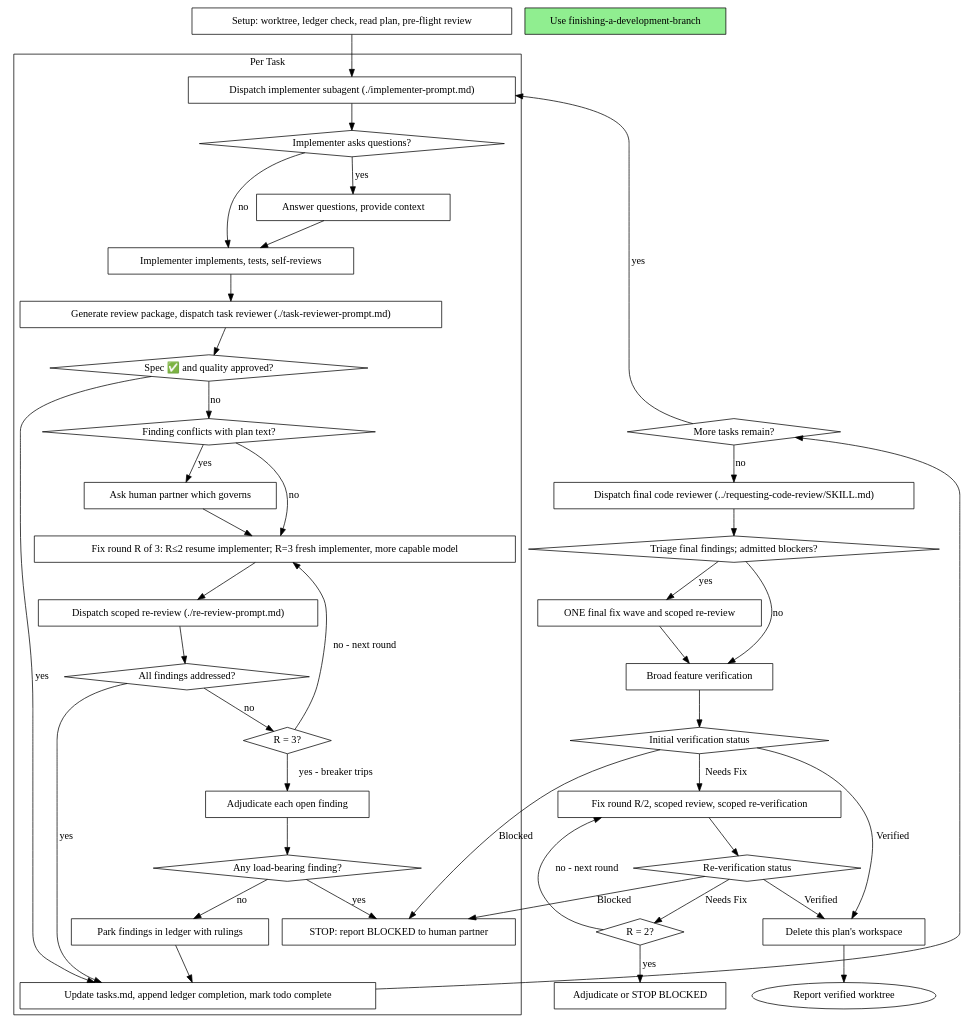
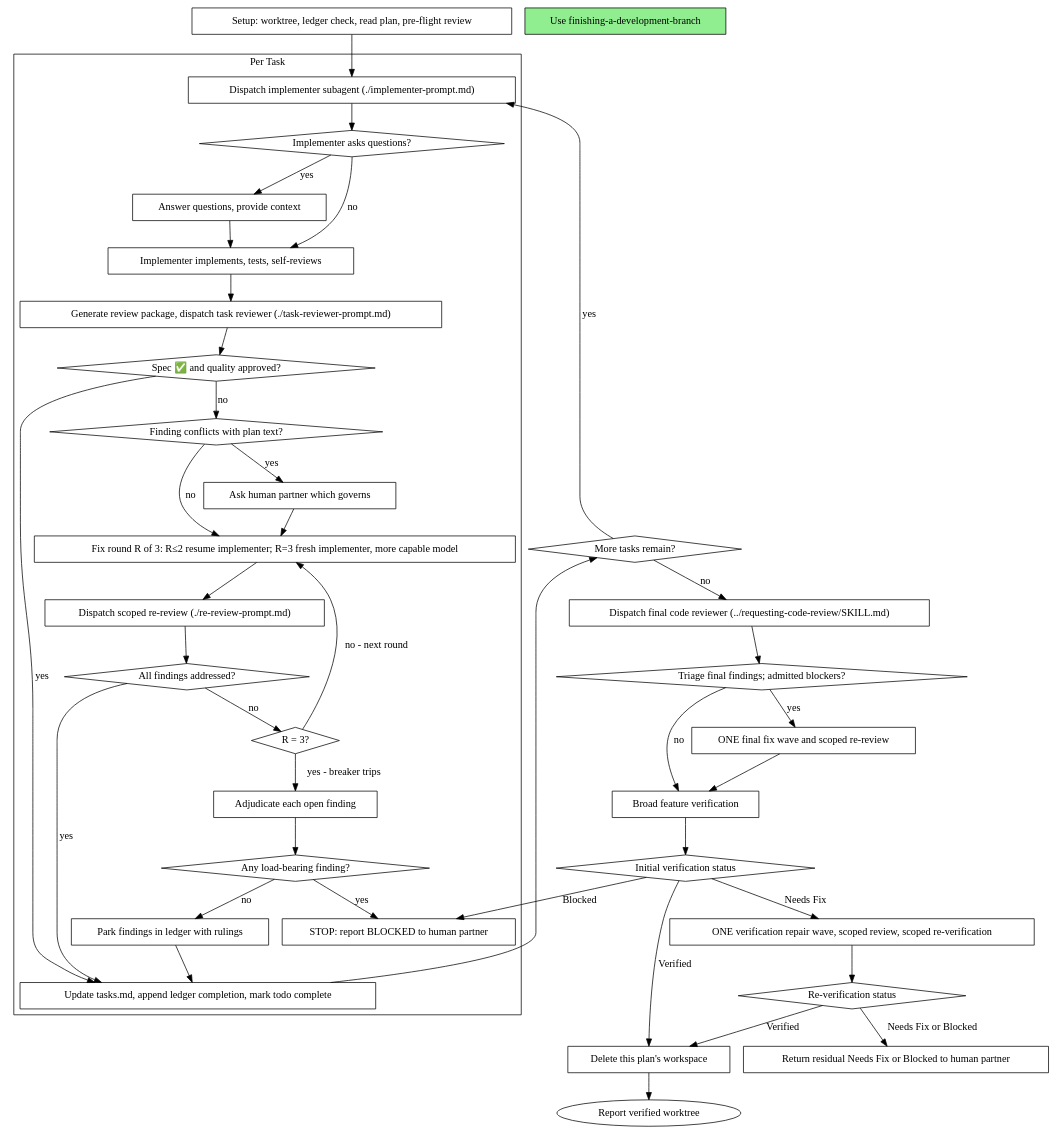
Before and after one commit to tuoitho/commerce-app: the second of 2 diagrams in .agents/skills/subagent-driven-development/SKILL.md, drawn with Graphviz. The commit also changed other lines of this file and 5 other files, not shown here.

````diff
--- a/.agents/skills/subagent-driven-development/SKILL.md
+++ b/.agents/skills/subagent-driven-development/SKILL.md
@@ -109,81 +109,77 @@
 ```dot
 digraph process {
     rankdir=TB;
 
     subgraph cluster_per_task {
         label="Per Task";
         "Dispatch implementer subagent (./implementer-prompt.md)" [shape=box];
         "Implementer asks questions?" [shape=diamond];
         "Answer questions, provide context" [shape=box];
         "Implementer implements, tests, self-reviews" [shape=box];
         "Generate review package, dispatch task reviewer (./task-reviewer-prompt.md)" [shape=box];
         "Spec ✅ and quality approved?" [shape=diamond];
         "Finding conflicts with plan text?" [shape=diamond];
         "Ask human partner which governs" [shape=box];
         "Fix round R of 3: R≤2 resume implementer; R=3 fresh implementer, more capable model" [shape=box];
         "Dispatch scoped re-review (./re-review-prompt.md)" [shape=box];
         "All findings addressed?" [shape=diamond];
         "R = 3?" [shape=diamond];
         "Adjudicate each open finding" [shape=box];
         "Any load-bearing finding?" [shape=diamond];
         "STOP: report BLOCKED to human partner" [shape=box];
         "Park findings in ledger with rulings" [shape=box];
         "Update tasks.md, append ledger completion, mark todo complete" [shape=box];
     }
 
     "Setup: worktree, ledger check, read plan, pre-flight review" [shape=box];
     "More tasks remain?" [shape=diamond];
     "Dispatch final code reviewer (../requesting-code-review/SKILL.md)" [shape=box];
     "Triage final findings; admitted blockers?" [shape=diamond];
     "ONE final fix wave and scoped re-review" [shape=box];
     "Broad feature verification" [shape=box];
     "Initial verification status" [shape=diamond];
-    "Fix round R/2, scoped review, scoped re-verification" [shape=box];
+    "ONE verification repair wave, scoped review, scoped re-verification" [shape=box];
     "Re-verification status" [shape=diamond];
-    "R = 2?" [shape=diamond];
-    "Adjudicate or STOP BLOCKED" [shape=box];
+    "Return residual Needs Fix or Blocked to human partner" [shape=box];
     "Delete this plan's workspace" [shape=box];
     "Use finishing-a-development-branch" [shape=box style=filled fillcolor=lightgreen];
 
     "Setup: worktree, ledger check, read plan, pre-flight review" -> "Dispatch implementer subagent (./implementer-prompt.md)";
     "Dispatch implementer subagent (./implementer-prompt.md)" -> "Implementer asks questions?";
     "Implementer asks questions?" -> "Answer questions, provide context" [label="yes"];
     "Answer questions, provide context" -> "Implementer implements, tests, self-reviews";
     "Implementer asks questions?" -> "Implementer implements, tests, self-reviews" [label="no"];
     "Implementer implements, tests, self-reviews" -> "Generate review package, dispatch task reviewer (./task-reviewer-prompt.md)";
     "Generate review package, dispatch task reviewer (./task-reviewer-prompt.md)" -> "Spec ✅ and quality approved?";
     "Spec ✅ and quality approved?" -> "Update tasks.md, append ledger completion, mark todo complete" [label="yes"];
     "Spec ✅ and quality approved?" -> "Finding conflicts with plan text?" [label="no"];
     "Finding conflicts with plan text?" -> "Ask human partner which governs" [label="yes"];
     "Ask human partner which governs" -> "Fix round R of 3: R≤2 resume implementer; R=3 fresh implementer, more capable model";
     "Finding conflicts with plan text?" -> "Fix round R of 3: R≤2 resume implementer; R=3 fresh implementer, more capable model" [label="no"];
     "Fix round R of 3: R≤2 resume implementer; R=3 fresh implementer, more capable model" -> "Dispatch scoped re-review (./re-review-prompt.md)";
     "Dispatch scoped re-review (./re-review-prompt.md)" -> "All findings addressed?";
     "All findings addressed?" -> "Update tasks.md, append ledger completion, mark todo complete" [label="yes"];
     "All findings addressed?" -> "R = 3?" [label="no"];
     "R = 3?" -> "Fix round R of 3: R≤2 resume implementer; R=3 fresh implementer, more capable model" [label="no - next round"];
     "R = 3?" -> "Adjudicate each open finding" [label="yes - breaker trips"];
     "Adjudicate each open finding" -> "Any load-bearing finding?";
     "Any load-bearing finding?" -> "STOP: report BLOCKED to human partner" [label="yes"];
     "Any load-bearing finding?" -> "Park findings in ledger with rulings" [label="no"];
     "Park findings in ledger with rulings" -> "Update tasks.md, append ledger completion, mark todo complete";
     "Update tasks.md, append ledger completion, mark todo complete" -> "More tasks remain?";
     "More tasks remain?" -> "Dispatch implementer subagent (./implementer-prompt.md)" [label="yes"];
     "More tasks remain?" -> "Dispatch final code reviewer (../requesting-code-review/SKILL.md)" [label="no"];
     "Dispatch final code reviewer (../requesting-code-review/SKILL.md)" -> "Triage final findings; admitted blockers?";
     "Triage final findings; admitted blockers?" -> "ONE final fix wave and scoped re-review" [label="yes"];
     "Triage final findings; admitted blockers?" -> "Broad feature verification" [label="no"];
     "ONE final fix wave and scoped re-review" -> "Broad feature verification";
     "Broad feature verification" -> "Initial verification status";
     "Initial verification status" -> "Delete this plan's workspace" [label="Verified"];
     "Initial verification status" -> "STOP: report BLOCKED to human partner" [label="Blocked"];
-    "Initial verification status" -> "Fix round R/2, scoped review, scoped re-verification" [label="Needs Fix"];
-    "Fix round R/2, scoped review, scoped re-verification" -> "Re-verification status";
+    "Initial verification status" -> "ONE verification repair wave, scoped review, scoped re-verification" [label="Needs Fix"];
+    "ONE verification repair wave, scoped review, scoped re-verification" -> "Re-verification status";
     "Re-verification status" -> "Delete this plan's workspace" [label="Verified"];
-    "Re-verification status" -> "STOP: report BLOCKED to human partner" [label="Blocked"];
-    "Re-verification status" -> "R = 2?" [label="Needs Fix"];
-    "R = 2?" -> "Fix round R/2, scoped review, scoped re-verification" [label="no - next round"];
-    "R = 2?" -> "Adjudicate or STOP BLOCKED" [label="yes"];
+    "Re-verification status" -> "Return residual Needs Fix or Blocked to human partner" [label="Needs Fix or Blocked"];
     "Delete this plan's workspace" -> "Report verified worktree";
 }
 ```
````
